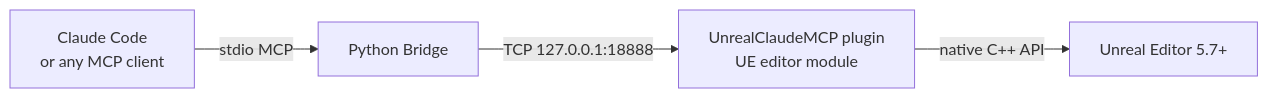
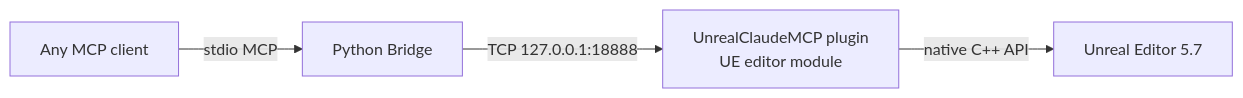
Before and after one commit to NAJEMWEHBE/unreal-ai-connection: the first of 2 diagrams in README.md, drawn with Mermaid. The commit also changed other lines of this file and 7 other files, not shown here.

````diff
--- a/README.md
+++ b/README.md
@@ -98,6 +98,6 @@
 ```mermaid
 graph LR
-    A[Claude Code<br/>or any MCP client] -->|stdio MCP| B[Python Bridge]
+    A[Any MCP client] -->|stdio MCP| B[Python Bridge]
     B -->|TCP 127.0.0.1:18888| C[UnrealClaudeMCP plugin<br/>UE editor module]
-    C -->|native C++ API| D[Unreal Editor 5.7+]
+    C -->|native C++ API| D[Unreal Editor 5.7]
 ```
````
